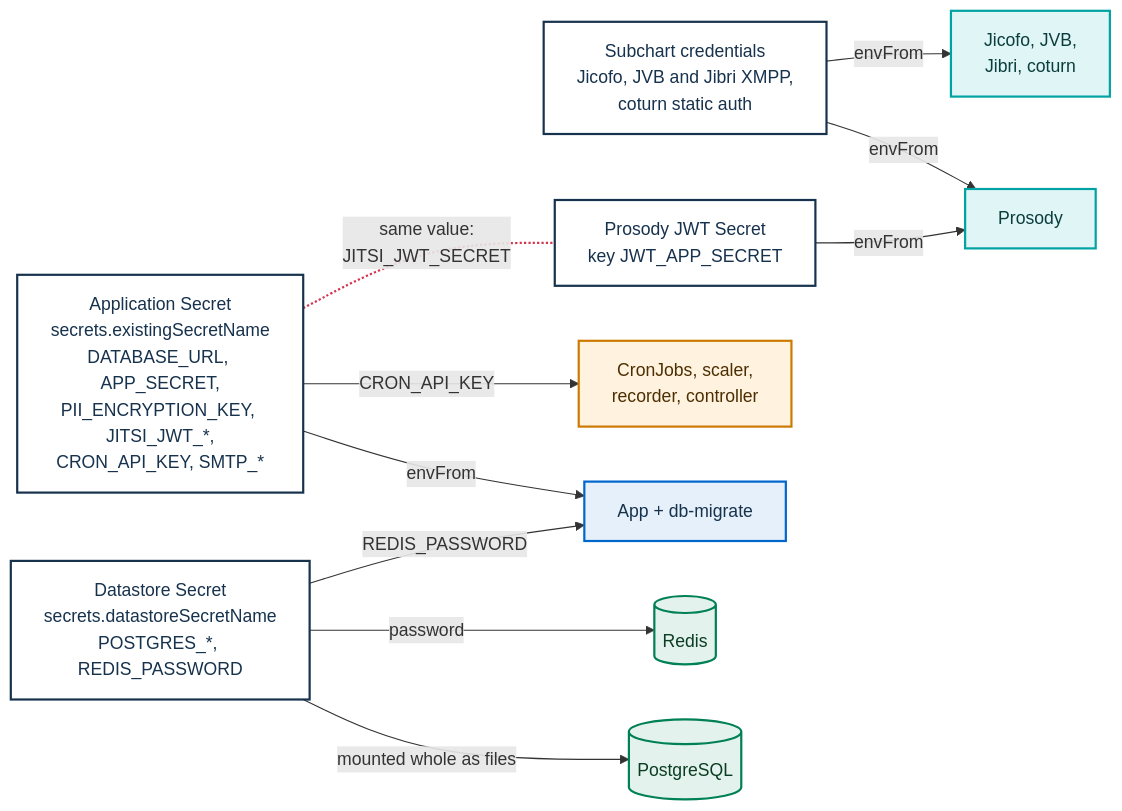
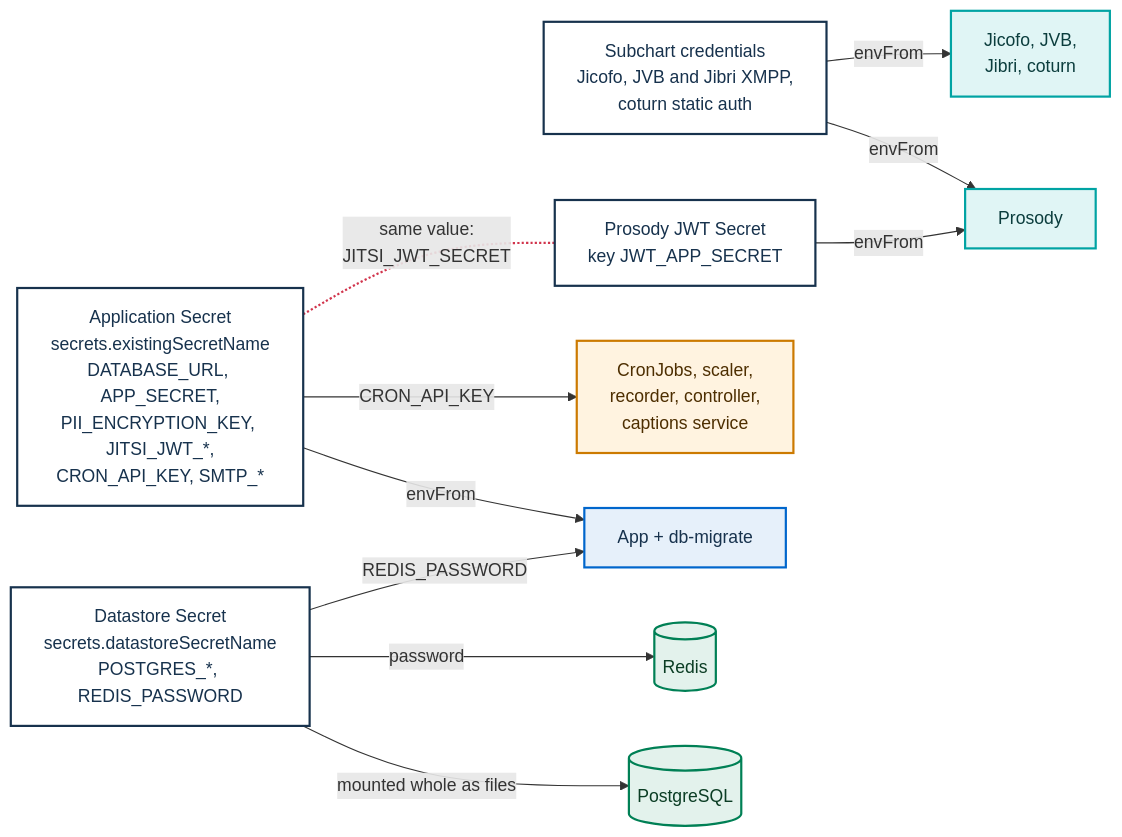
Before and after one commit to italia/pa-webinar: the second of 3 diagrams in docs/DEPLOYMENT.md, drawn with Mermaid. The commit also changed other lines of this file and 31 other files, not shown here.

````diff
--- a/docs/DEPLOYMENT.md
+++ b/docs/DEPLOYMENT.md
@@ -474,32 +474,32 @@
 ```mermaid
 flowchart LR
   classDef portal fill:#E6F0FA,stroke:#0066CC,stroke-width:2px,color:#17324D
   classDef job fill:#FFF3E0,stroke:#CC7A00,stroke-width:2px,color:#4D2E00
   classDef media fill:#E0F5F5,stroke:#00A3A3,stroke-width:2px,color:#0B3D3D
   classDef data fill:#E3F2EC,stroke:#008055,stroke-width:2px,color:#0B3D24
   classDef secret fill:#FFFFFF,stroke:#17324D,stroke-width:2px,color:#17324D
 
   S_SUB["Subchart credentials<br/>Jicofo, JVB and Jibri XMPP,<br/>coturn static auth"]:::secret
   S_JWT["Prosody JWT Secret<br/>key JWT_APP_SECRET"]:::secret
   S_APP["Application Secret<br/>secrets.existingSecretName<br/>DATABASE_URL, APP_SECRET,<br/>PII_ENCRYPTION_KEY, JITSI_JWT_*,<br/>CRON_API_KEY, SMTP_*"]:::secret
   S_DS["Datastore Secret<br/>secrets.datastoreSecretName<br/>POSTGRES_*, REDIS_PASSWORD"]:::secret
 
   JIT["Jicofo, JVB,<br/>Jibri, coturn"]:::media
   PROS["Prosody"]:::media
-  JOBS["CronJobs, scaler,<br/>recorder, controller"]:::job
+  JOBS["CronJobs, scaler,<br/>recorder, controller,<br/>captions service"]:::job
   APP["App + db-migrate"]:::portal
   RD[("Redis")]:::data
   PG[("PostgreSQL")]:::data
 
   S_SUB -->|"envFrom"| JIT
   S_SUB -->|"envFrom"| PROS
   S_JWT -->|"envFrom"| PROS
   S_APP -.-|"same value:<br/>JITSI_JWT_SECRET"| S_JWT
   S_APP -->|"CRON_API_KEY"| JOBS
   S_APP -->|"envFrom"| APP
   S_DS -->|"REDIS_PASSWORD"| APP
   S_DS -->|"password"| RD
   S_DS -->|"mounted whole as files"| PG
 
   linkStyle 3 stroke:#D1344C,stroke-width:2px
 ```
````
